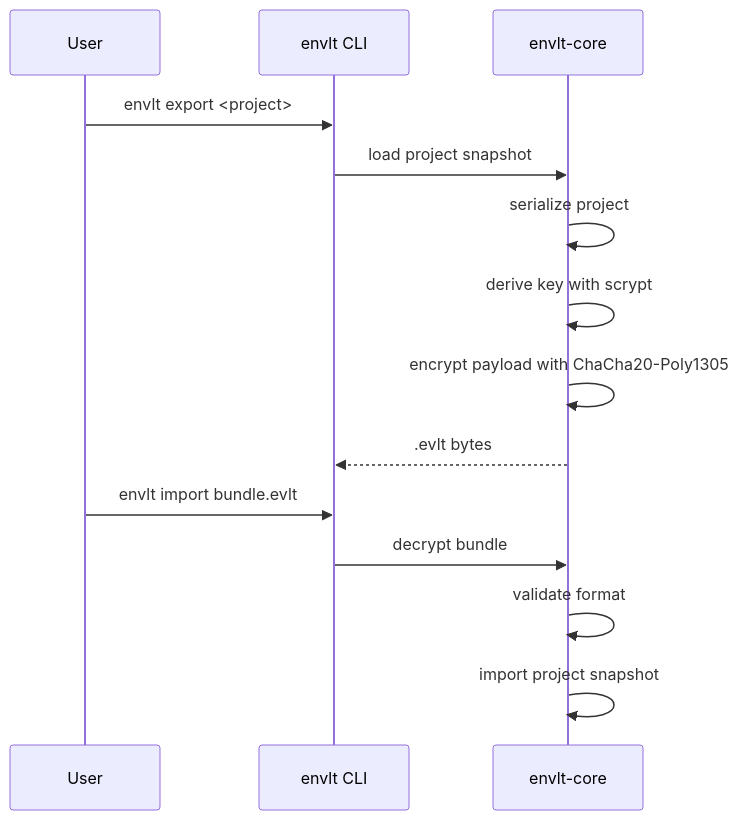
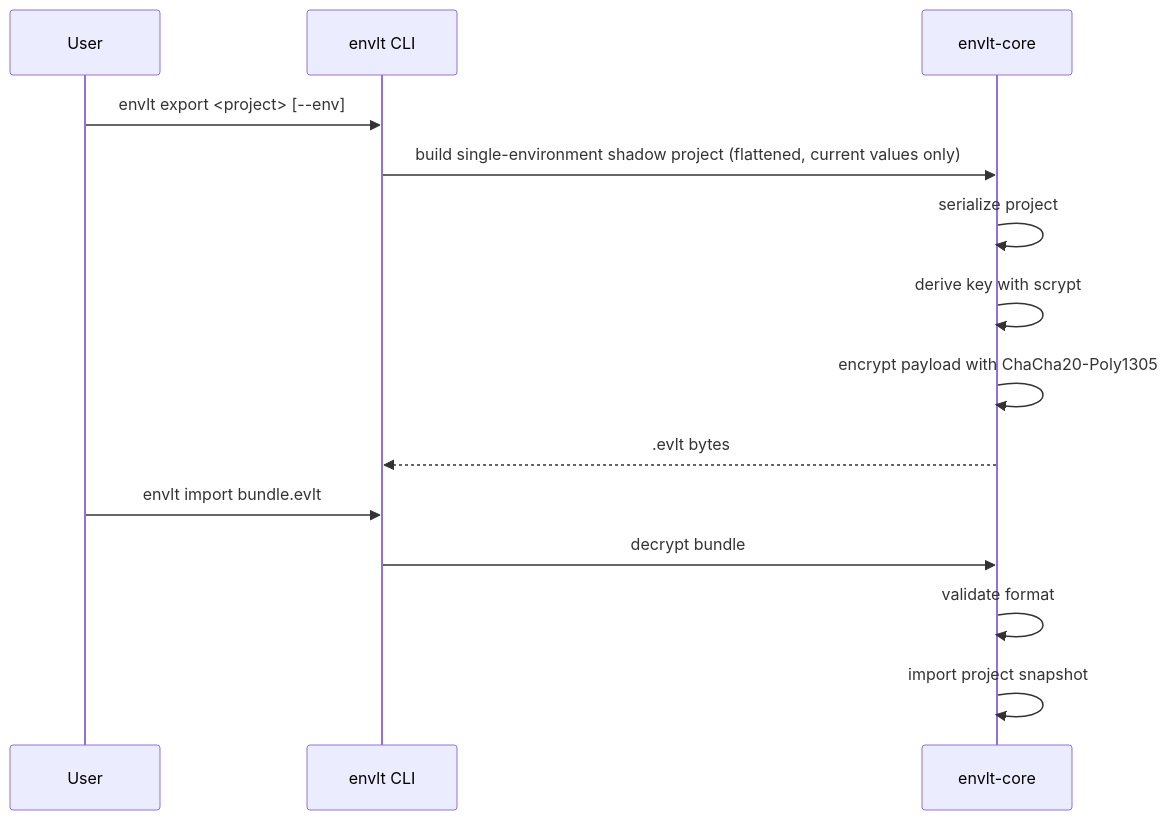
The third of 3 diagrams in docs/architecture.md (obsidia-systems/envlt), drawn with Mermaid before and after one commit. The commit also changed other lines of this file and 32 other files, not shown here.

````diff
--- a/docs/architecture.md
+++ b/docs/architecture.md
@@ -56,18 +56,18 @@
 ```mermaid
 sequenceDiagram
     participant U as User
     participant CLI as envlt CLI
     participant Core as envlt-core
 
-    U->>CLI: envlt export <project>
-    CLI->>Core: load project snapshot
+    U->>CLI: envlt export <project> [--env]
+    CLI->>Core: build single-environment shadow project (flattened, current values only)
     Core->>Core: serialize project
     Core->>Core: derive key with scrypt
     Core->>Core: encrypt payload with ChaCha20-Poly1305
     Core-->>CLI: .evlt bytes
 
     U->>CLI: envlt import bundle.evlt
     CLI->>Core: decrypt bundle
     Core->>Core: validate format
     Core->>Core: import project snapshot
 ```
````
